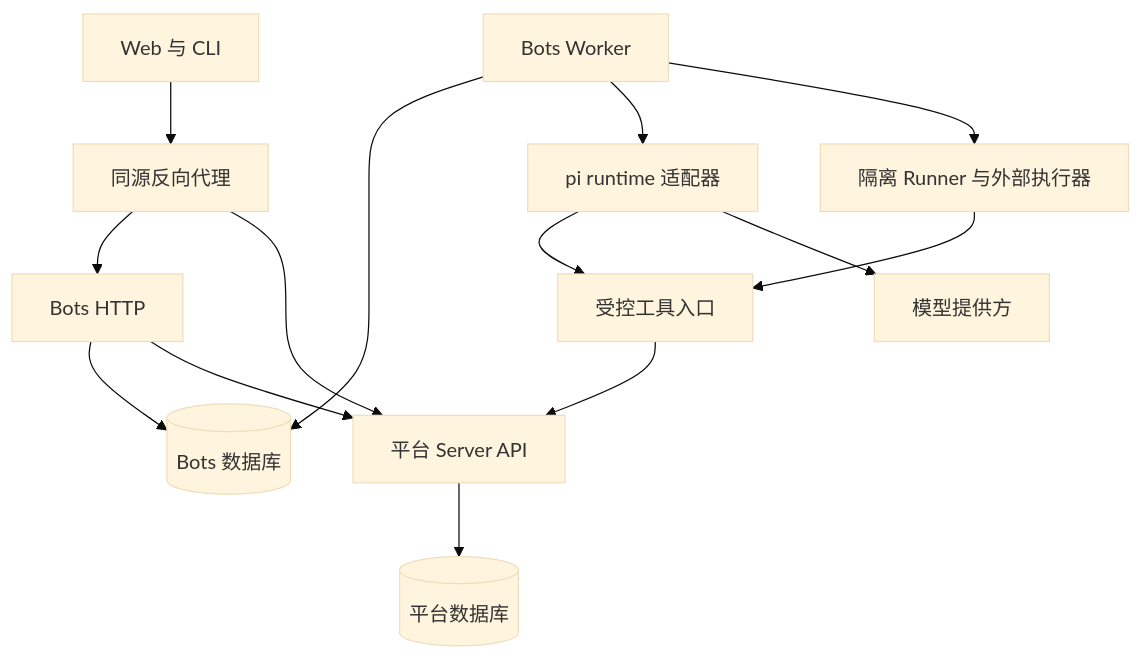
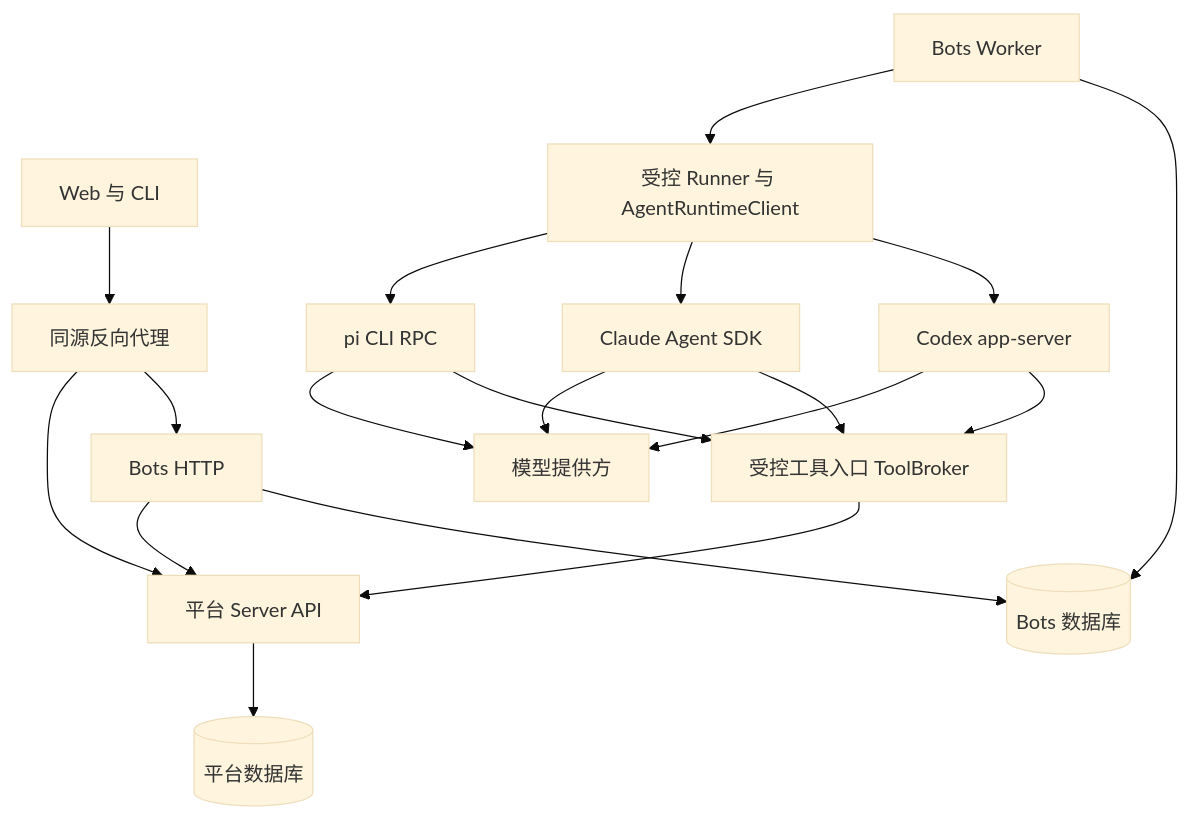
Before and after one commit to aiShuiJiaoDeXioShou/dev-ops: the diagram in docs/architecture/bots-architecture.md, drawn with Mermaid (base theme). The commit also changed other lines of this file and 2 other files, not shown here.

````diff
--- a/docs/architecture/bots-architecture.md
+++ b/docs/architecture/bots-architecture.md
@@ -94,16 +108,21 @@
 ```mermaid
 flowchart TB
     WEB[Web 与 CLI] --> EDGE[同源反向代理]
     EDGE --> HTTP[Bots HTTP]
     EDGE --> PLATFORM[平台 Server API]
     HTTP --> DB[(Bots 数据库)]
     WORKER[Bots Worker] --> DB
-    WORKER --> RUNTIME[pi runtime 适配器]
-    WORKER --> RUNNER[隔离 Runner 与外部执行器]
-    RUNTIME --> TOOLS[受控工具入口]
-    RUNNER --> TOOLS
+    WORKER --> RUNNER[受控 Runner 与 AgentRuntimeClient]
+    RUNNER --> CODEX[Codex app-server]
+    RUNNER --> CLAUDE[Claude Agent SDK]
+    RUNNER --> PI[pi CLI RPC]
+    CODEX --> TOOLS[受控工具入口 ToolBroker]
+    CLAUDE --> TOOLS
+    PI --> TOOLS
     TOOLS --> PLATFORM
     HTTP --> PLATFORM
     PLATFORM --> APPDB[(平台数据库)]
-    RUNTIME --> MODEL[模型提供方]
+    CODEX --> MODEL[模型提供方]
+    CLAUDE --> MODEL
+    PI --> MODEL
 ```
````
